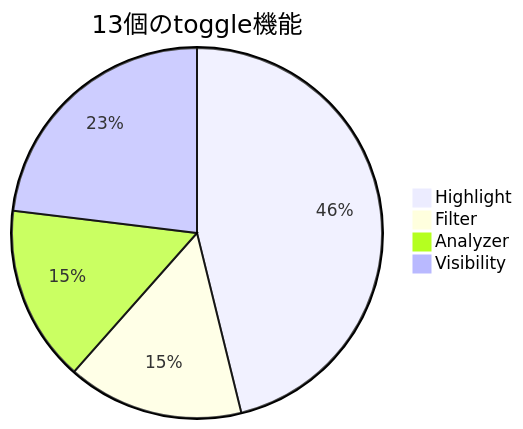
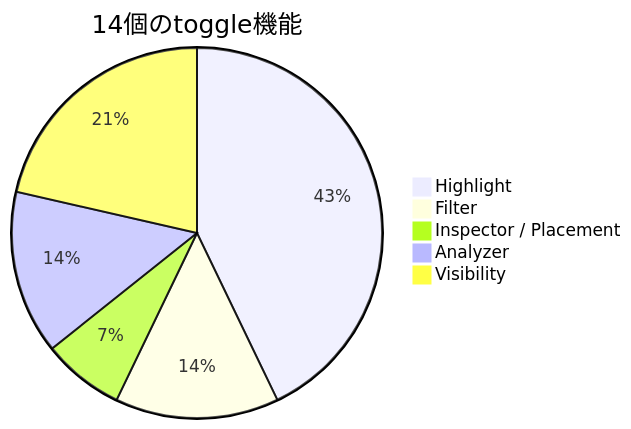
The first of 2 diagrams in README.md (bosatsu25/ChiseTweaks), drawn with Mermaid before and after one commit. The commit also changed other lines of this file and 23 other files, not shown here.

````diff
--- a/README.md
+++ b/README.md
@@ -30,7 +30,8 @@
 ```mermaid
-pie title 13個のtoggle機能
+pie title 14個のtoggle機能
     "Highlight" : 6
     "Filter" : 2
+    "Inspector / Placement" : 1
     "Analyzer" : 2
     "Visibility" : 3
 ```
````
